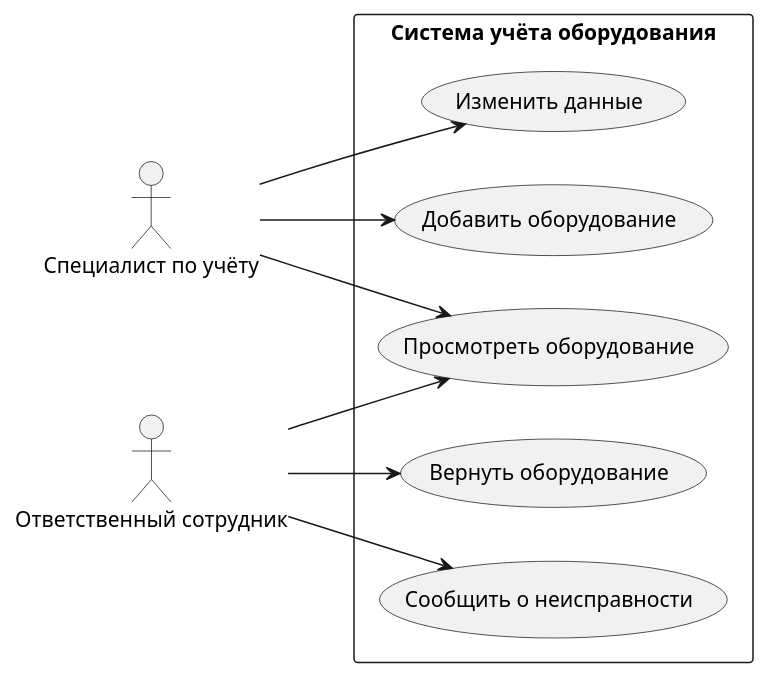
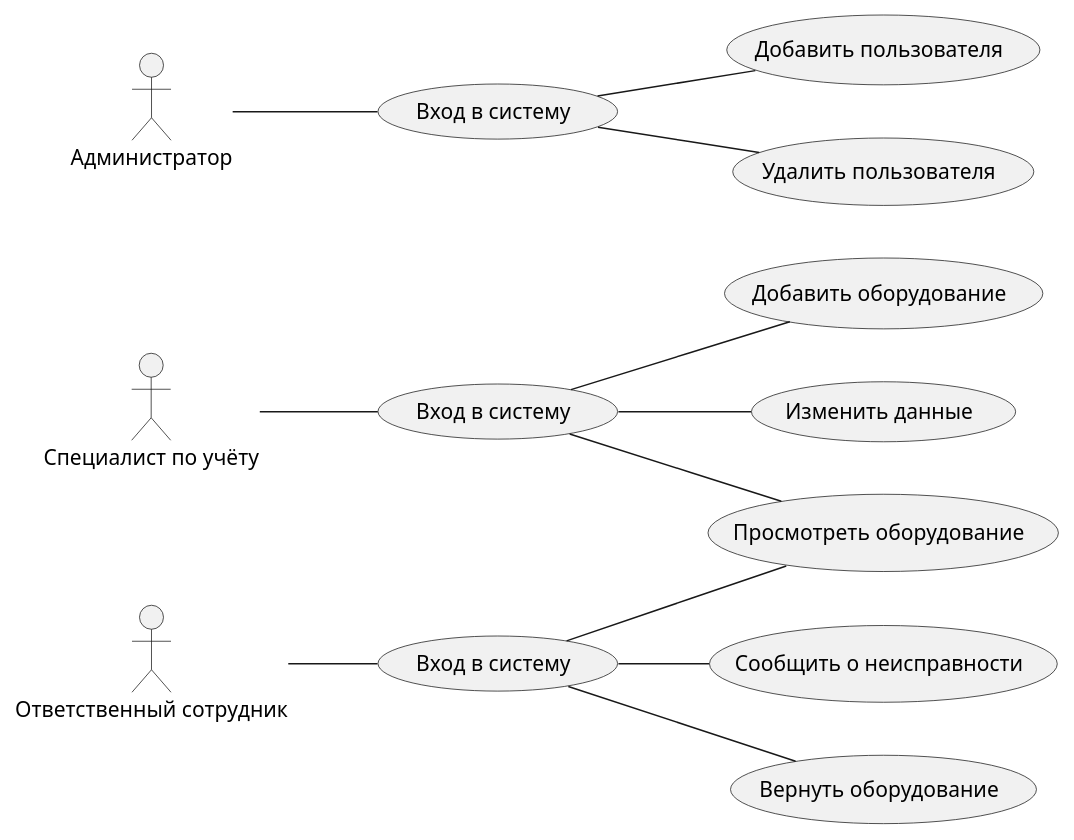
One commit to Aleksandr-2-1/lab changed the diagram in src/diagrams/use-case.puml. Above: the diagram before and after it, drawn with PlantUML. The commit also changed other lines of this file and 2 other files, not shown here.

Commit message:
Обновил диаграмму Use Case

```diff
--- a/src/diagrams/use-case.puml
+++ b/src/diagrams/use-case.puml
@@ -1,22 +2,36 @@
 @startuml
 left to right direction
 
-actor "Специалист по учёту" as S
-actor "Ответственный сотрудник" as E
+actor "Специалист по учёту" as Specialist
+actor "Ответственный сотрудник" as Employee
+actor "Администратор" as Admin
 
-rectangle "Система учёта оборудования" {
-  usecase "Добавить оборудование" as U1
-  usecase "Просмотреть оборудование" as U2
-  usecase "Изменить данные" as U3
-  usecase "Сообщить о неисправности" as U4
-  usecase "Вернуть оборудование" as U5
-}
+    usecase "Вход в систему" as Login1
+    usecase "Вход в систему" as Login2
+    usecase "Вход в систему" as Login3
+    usecase "Добавить оборудование" as AddEquipment
+    usecase "Просмотреть оборудование" as ViewEquipment
+    usecase "Изменить данные" as EditEquipment
+    usecase "Сообщить о неисправности" as ReportError
+    usecase "Вернуть оборудование" as ReturnEquipment
+    usecase "Добавить пользователя" as AddUser
+    usecase "Удалить пользователя" as DeleteUser
 
-S --> U1
-S --> U2
-S --> U3
-E --> U2
-E --> U4
-E --> U5
+
+Specialist -- Login1
+Employee -- Login2
+Admin -- Login3
+
+Login1 -- AddEquipment
+Login1 -- ViewEquipment
+Login1 -- EditEquipment
+
+Login2 -- ViewEquipment
+Login2 -- ReportError
+Login2 -- ReturnEquipment
+
+Login3 -- AddUser
+Login3 -- DeleteUser
+
 
 @enduml
```
